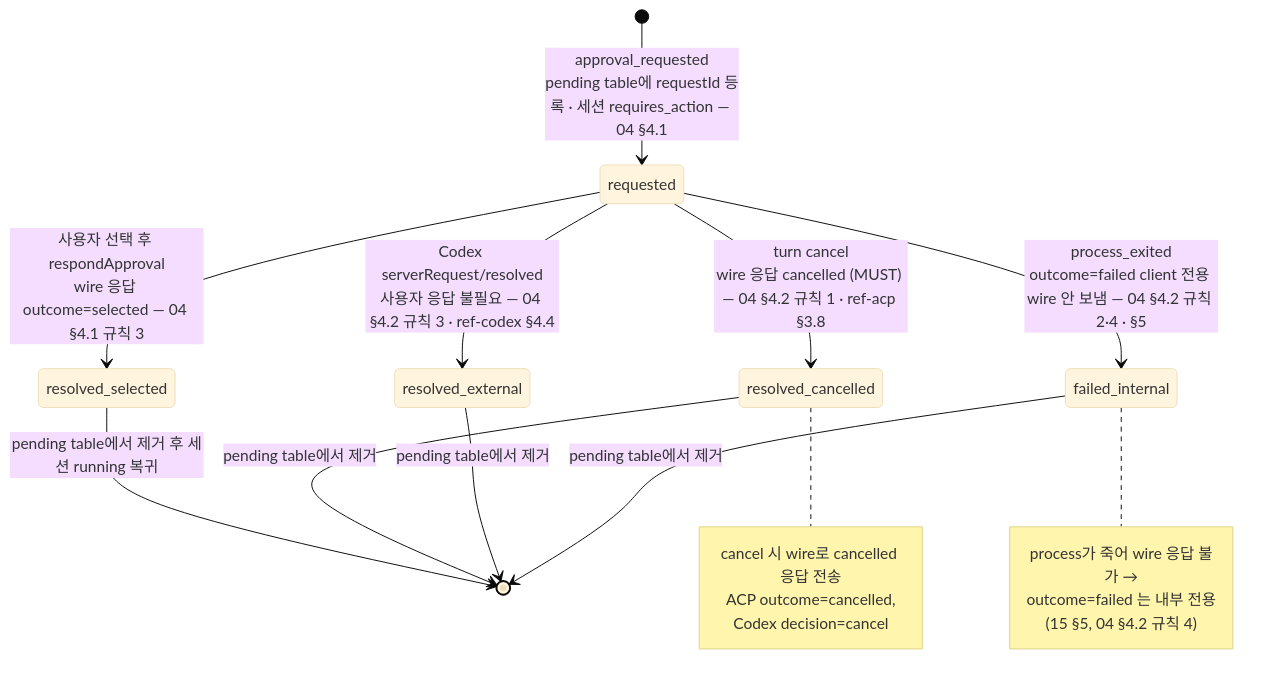
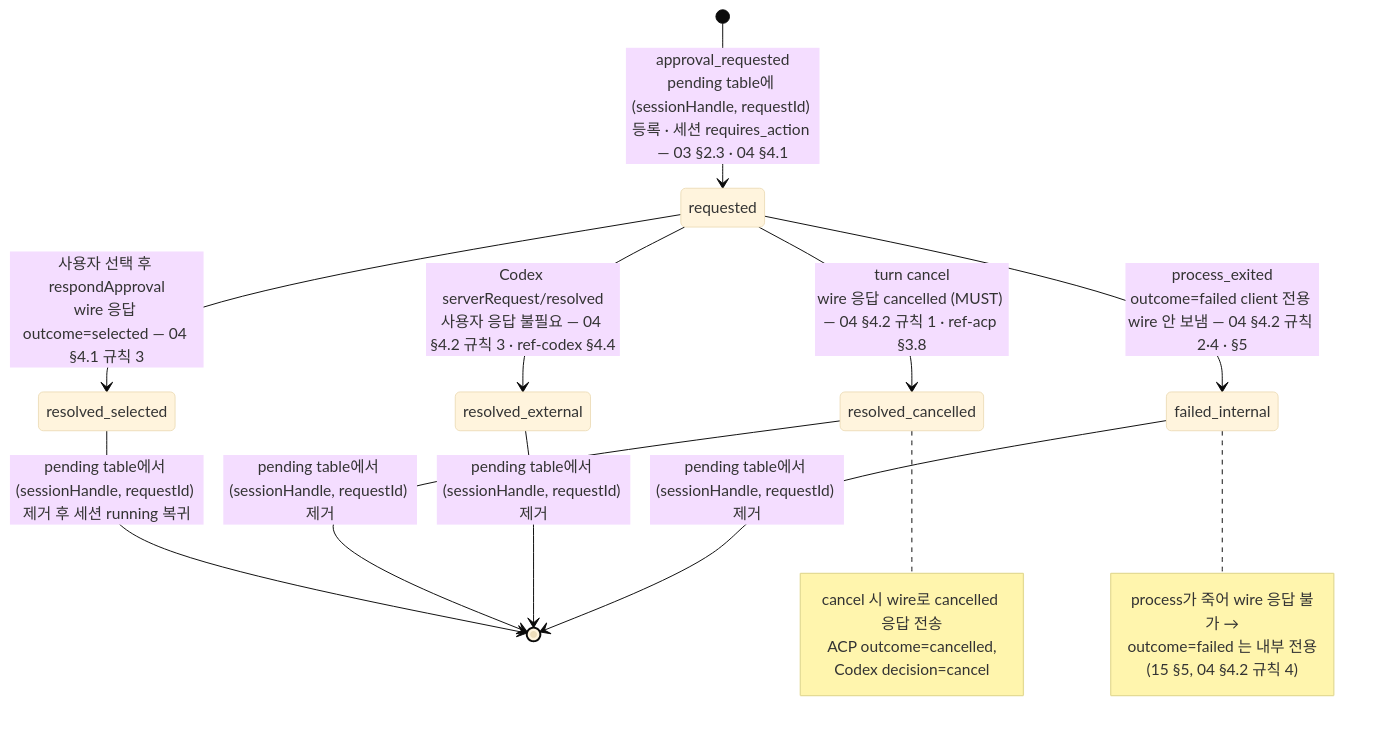
Before and after one commit to ummoftgo/clcomx: diagram 12 of 12 in docs/plans/agent-direct-runtime/14-sequence-and-state.md, drawn with Mermaid (base theme). The commit also changed other lines of this file and 9 other files, not shown here.

````diff
--- a/docs/plans/agent-direct-runtime/14-sequence-and-state.md
+++ b/docs/plans/agent-direct-runtime/14-sequence-and-state.md
@@ -645,24 +645,24 @@
 ```mermaid
 stateDiagram-v2
-    [*] --> requested: approval_requested<br/>pending table에 requestId 등록 · 세션 requires_action — 04 §4.1
+    [*] --> requested: approval_requested<br/>pending table에 (sessionHandle, requestId) 등록 · 세션 requires_action — 03 §2.3 · 04 §4.1
     requested --> resolved_selected: 사용자 선택 후 respondApproval<br/>wire 응답 outcome=selected — 04 §4.1 규칙 3
     requested --> resolved_cancelled: turn cancel<br/>wire 응답 cancelled (MUST) — 04 §4.2 규칙 1 · ref-acp §3.8
     requested --> resolved_external: Codex serverRequest/resolved<br/>사용자 응답 불필요 — 04 §4.2 규칙 3 · ref-codex §4.4
     requested --> failed_internal: process_exited<br/>outcome=failed client 전용 wire 안 보냄 — 04 §4.2 규칙 2·4 · §5
 
-    resolved_selected --> [*]: pending table에서 제거 후 세션 running 복귀
-    resolved_cancelled --> [*]: pending table에서 제거
-    resolved_external --> [*]: pending table에서 제거
-    failed_internal --> [*]: pending table에서 제거
+    resolved_selected --> [*]: pending table에서 (sessionHandle, requestId) 제거 후 세션 running 복귀
+    resolved_cancelled --> [*]: pending table에서 (sessionHandle, requestId) 제거
+    resolved_external --> [*]: pending table에서 (sessionHandle, requestId) 제거
+    failed_internal --> [*]: pending table에서 (sessionHandle, requestId) 제거
 
     note right of resolved_cancelled
         cancel 시 wire로 cancelled 응답 전송
         ACP outcome=cancelled,
         Codex decision=cancel
     end note
     note right of failed_internal
         process가 죽어 wire 응답 불가 →
         outcome=failed 는 내부 전용
         (15 §5, 04 §4.2 규칙 4)
     end note
 ```
````
